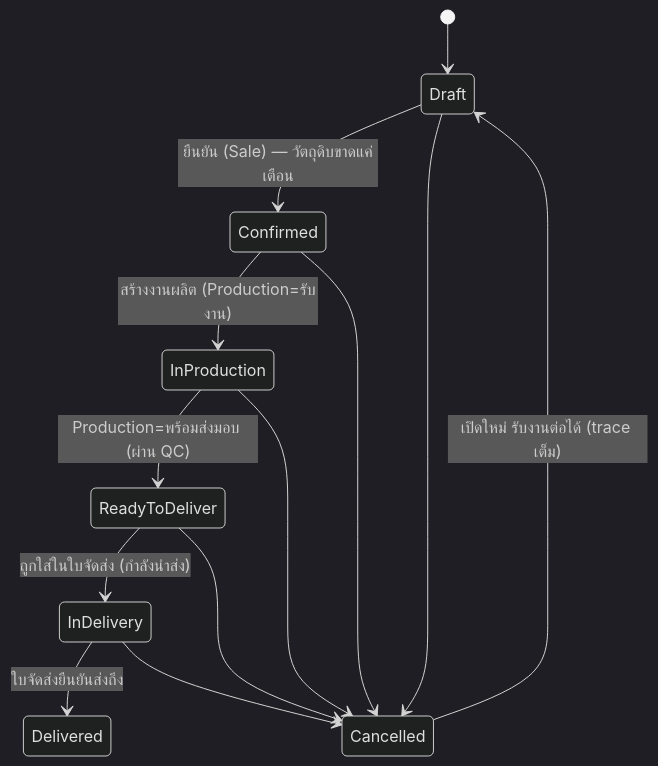
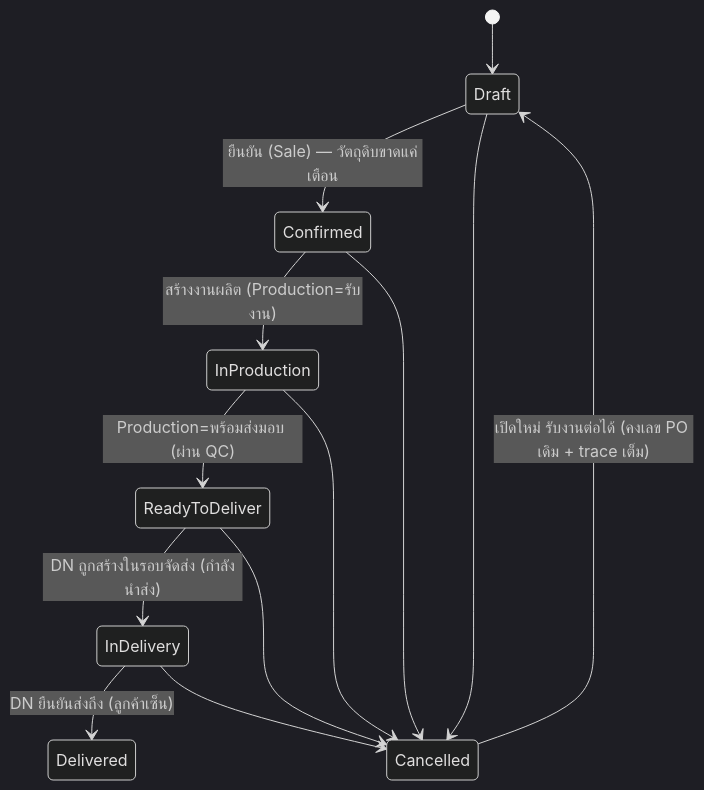
One commit to sitthi-phat/erp-cosmetics-manufacturing-module changed the second of 8 diagrams in docs/requirements/erp-v2-ui-first/status-journeys.md. Above: the diagram before and after it, drawn with Mermaid (dark theme). The commit also changed other lines of this file and 2 other files, not shown here.

````diff
--- a/docs/requirements/erp-v2-ui-first/status-journeys.md
+++ b/docs/requirements/erp-v2-ui-first/status-journeys.md
@@ -59,15 +67,15 @@
 ```mermaid
 stateDiagram-v2
     [*] --> Draft
     Draft --> Confirmed: ยืนยัน (Sale) — วัตถุดิบขาดแค่เตือน
     Confirmed --> InProduction: สร้างงานผลิต (Production=รับงาน)
     InProduction --> ReadyToDeliver: Production=พร้อมส่งมอบ (ผ่าน QC)
-    ReadyToDeliver --> InDelivery: ถูกใส่ในใบจัดส่ง (กำลังนำส่ง)
-    InDelivery --> Delivered: ใบจัดส่งยืนยันส่งถึง
+    ReadyToDeliver --> InDelivery: DN ถูกสร้างในรอบจัดส่ง (กำลังนำส่ง)
+    InDelivery --> Delivered: DN ยืนยันส่งถึง (ลูกค้าเซ็น)
     Draft --> Cancelled
     Confirmed --> Cancelled
     InProduction --> Cancelled
     ReadyToDeliver --> Cancelled
     InDelivery --> Cancelled
-    Cancelled --> Draft: เปิดใหม่ รับงานต่อได้ (trace เต็ม)
+    Cancelled --> Draft: เปิดใหม่ รับงานต่อได้ (คงเลข PO เดิม + trace เต็ม)
 ```
````
